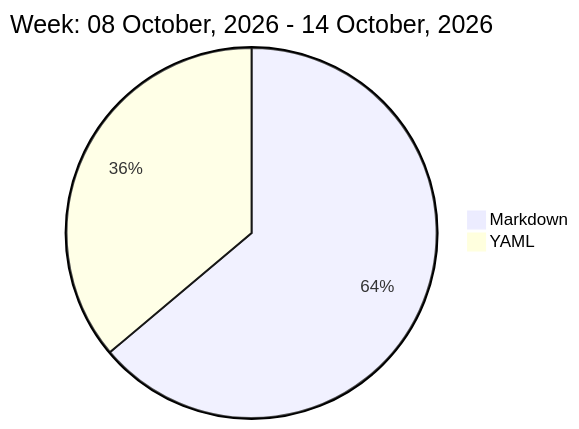
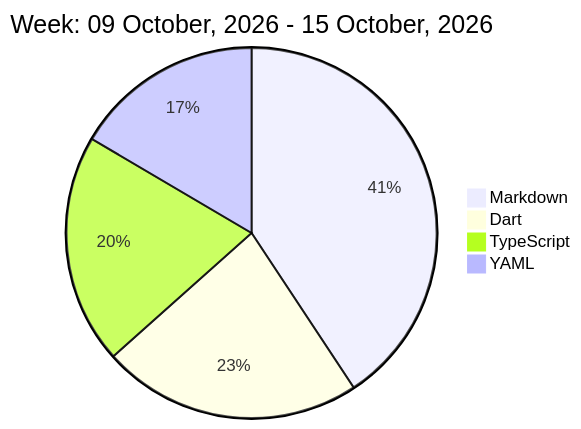
The diagram in README.md (liubin95/liubin95), drawn with Mermaid before and after one commit.

Commit message:
Updated the Graph with new Metrics

````diff
--- a/README.md
+++ b/README.md
@@ -32,6 +32,8 @@
 ```mermaid
  pie
-title Week: 08 October, 2026 - 14 October, 2026
- "Markdown" : 4.33
- "YAML" : 2.45
+title Week: 09 October, 2026 - 15 October, 2026
+ "Markdown" : 6.33
+ "Dart" : 3.53
+ "TypeScript" : 3.12
+ "YAML" : 2.57
 ```
````
